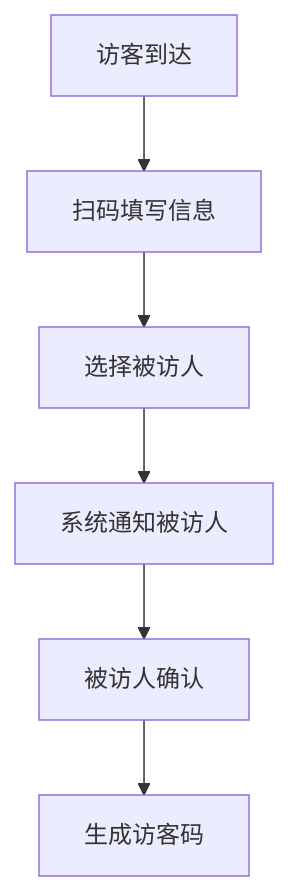
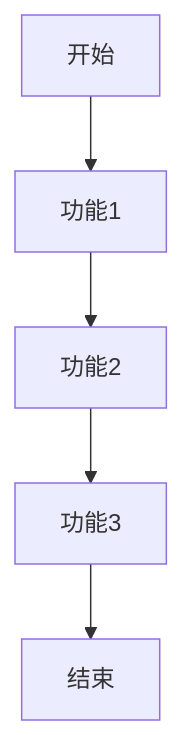
One commit to yuhaibao39/n8ndeploy changed the diagram in devel/requirement.md. Above: the diagram before and after it, drawn with Mermaid. The commit also changed other lines of this file, not shown here.

````diff
--- a/devel/requirement.md
+++ b/devel/requirement.md
@@ -20,8 +23,7 @@
 ```mermaid
 graph TD
-    A[访客到达] --> B[扫码填写信息]
-    B --> C[选择被访人]
-    C --> D[系统通知被访人]
-    D --> E[被访人确认]
-    E --> F[生成访客码]
+    A[开始] --> B[功能1]
+    B --> C[功能2]
+    C --> D[功能3]
+    D --> E[结束]
 ```
````
